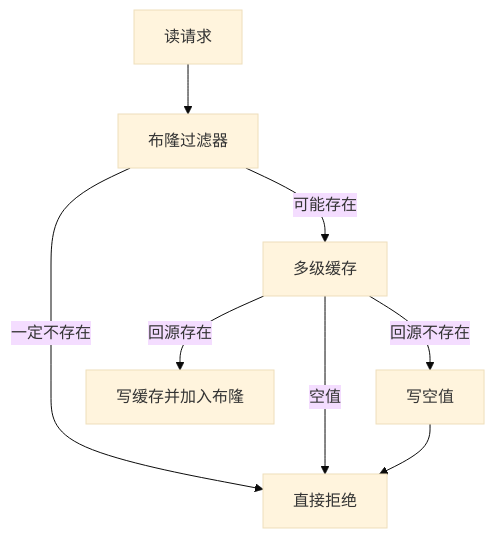
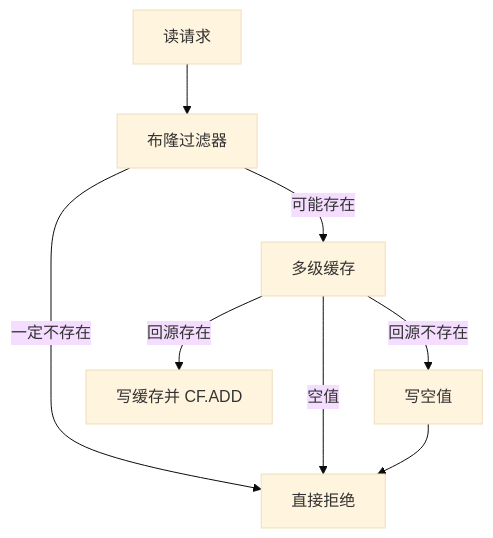
One commit to bitladykiller/zhiguang_go changed the first of 9 diagrams in docs/modules/09-热点缓存与多级缓存策略.md. Above: the diagram before and after it, drawn with Mermaid (base theme). The commit also changed other lines of this file and 12 other files, not shown here.

````diff
--- a/docs/modules/09-热点缓存与多级缓存策略.md
+++ b/docs/modules/09-热点缓存与多级缓存策略.md
@@ -205,10 +205,10 @@
 ```mermaid
 flowchart TD
     A[读请求] --> B[布隆过滤器]
     B -->|一定不存在| C[直接拒绝]
     B -->|可能存在| D[多级缓存]
     D -->|空值| C
     D -->|回源不存在| E[写空值]
     E --> C
-    D -->|回源存在| F[写缓存并加入布隆]
+    D -->|回源存在| F[写缓存并 CF.ADD]
 ```
````
